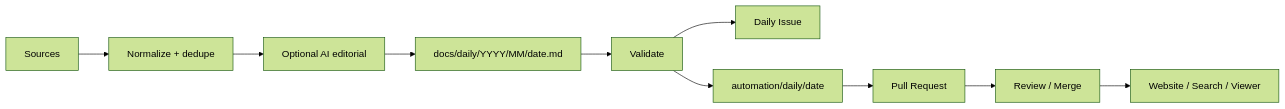
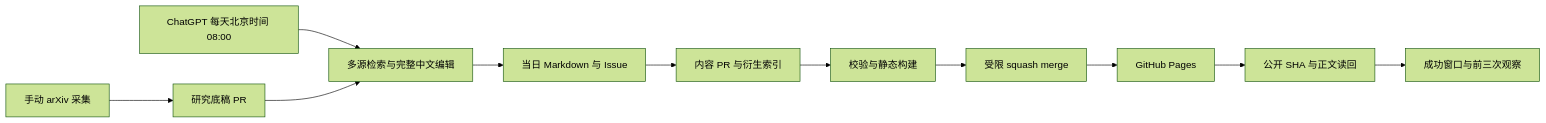
Before and after one commit to Shuang-su/gaussian-splatting-daily: the diagram in docs/architecture.md, drawn with Mermaid (forest theme). The commit also changed other lines of this file and 1686 other files, not shown here.

````diff
--- a/docs/architecture.md
+++ b/docs/architecture.md
@@ -15,12 +5,13 @@
 ```mermaid
 flowchart LR
-    A[Sources] --> B[Normalize + dedupe]
-    B --> C[Optional AI editorial]
-    C --> D[docs/daily/YYYY/MM/date.md]
-    D --> E[Validate]
-    E --> F[Daily Issue]
-    E --> G[automation/daily/date]
-    G --> H[Pull Request]
-    H --> I[Review / Merge]
-    I --> J[Website / Search / Viewer]
+  A[ChatGPT 每天北京时间 08:00] --> B[多源检索与完整中文编辑]
+  B --> C[当日 Markdown 与 Issue]
+  C --> D[内容 PR 与衍生索引]
+  D --> E[校验与静态构建]
+  E --> F[受限 squash merge]
+  F --> G[GitHub Pages]
+  G --> H[公开 SHA 与正文读回]
+  H --> I[成功窗口与前三次观察]
+  J[手动 arXiv 采集] --> K[研究底稿 PR]
+  K --> B
 ```
````
